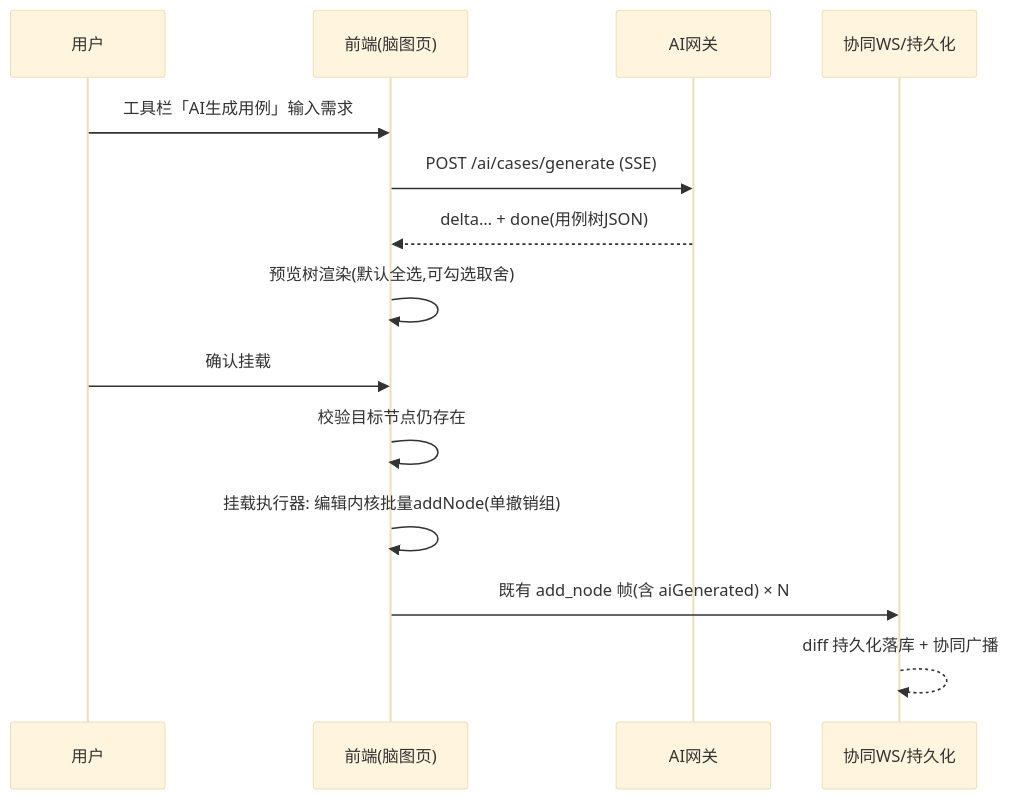
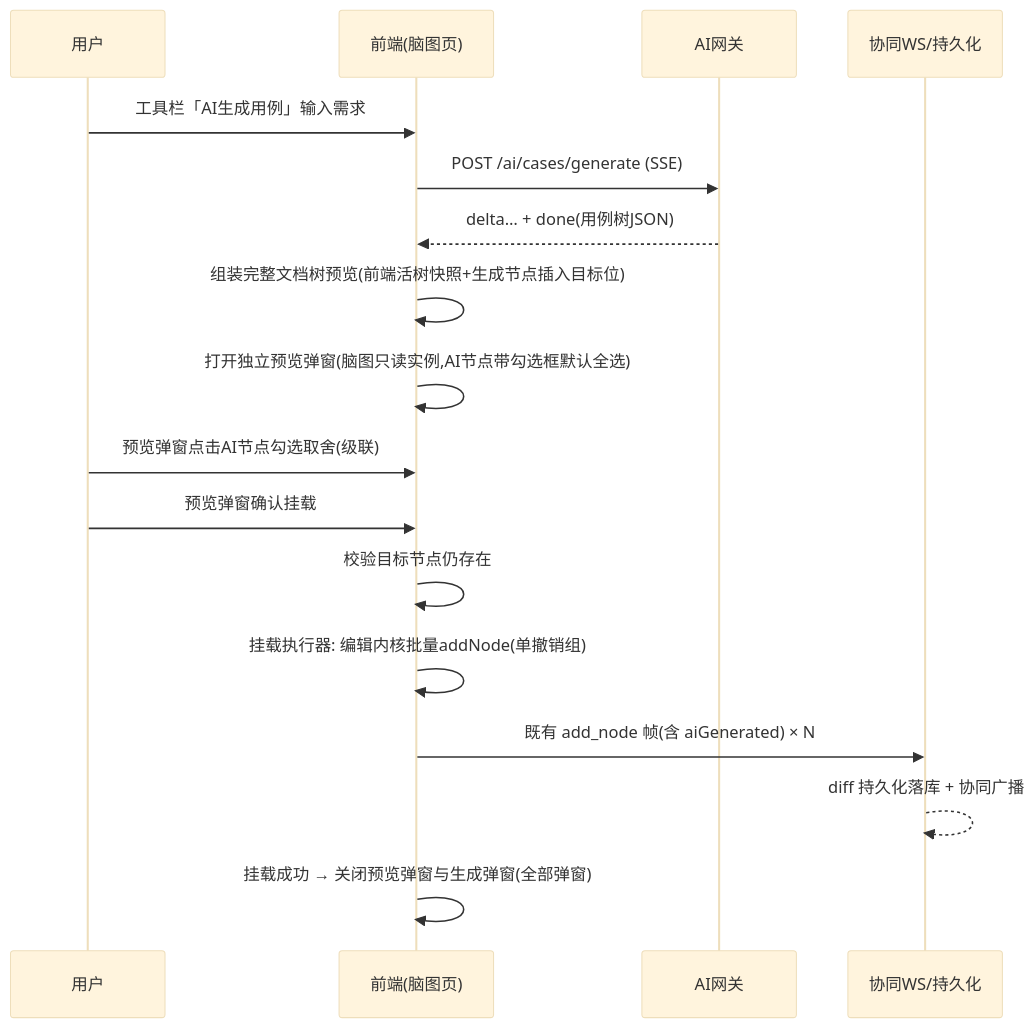
Before and after one commit to XiaoMiSum/robotest: the diagram in docs/详细设计/智能用例生成与脑图智能编辑详细设计说明书.md, drawn with Mermaid (base theme). The commit also changed other lines of this file and 10 other files, not shown here.

Commit message:
✨ feat(web): AI 生成用例独立脑图预览弹窗（渲染器全局注册修复节点重叠、生成面板改虚假进度条，含 docs 变更）

````diff
--- a/docs/详细设计/智能用例生成与脑图智能编辑详细设计说明书.md
+++ b/docs/详细设计/智能用例生成与脑图智能编辑详细设计说明书.md
@@ -216,16 +216,19 @@
 ```mermaid
 sequenceDiagram
     participant U as 用户
     participant FE as 前端(脑图页)
     participant GW as AI网关
     participant WS as 协同WS/持久化
     U->>FE: 工具栏「AI生成用例」输入需求
     FE->>GW: POST /ai/cases/generate (SSE)
     GW-->>FE: delta… + done(用例树JSON)
-    FE->>FE: 预览树渲染(默认全选,可勾选取舍)
-    U->>FE: 确认挂载
+    FE->>FE: 组装完整文档树预览(前端活树快照+生成节点插入目标位)
+    FE->>FE: 打开独立预览弹窗(脑图只读实例,AI节点带勾选框默认全选)
+    U->>FE: 预览弹窗点击AI节点勾选取舍(级联)
+    U->>FE: 预览弹窗确认挂载
     FE->>FE: 校验目标节点仍存在
     FE->>FE: 挂载执行器: 编辑内核批量addNode(单撤销组)
     FE->>WS: 既有 add_node 帧(含 aiGenerated) × N
     WS-->>WS: diff 持久化落库 + 协同广播
+    FE->>FE: 挂载成功 → 关闭预览弹窗与生成弹窗(全部弹窗)
 ```
````
